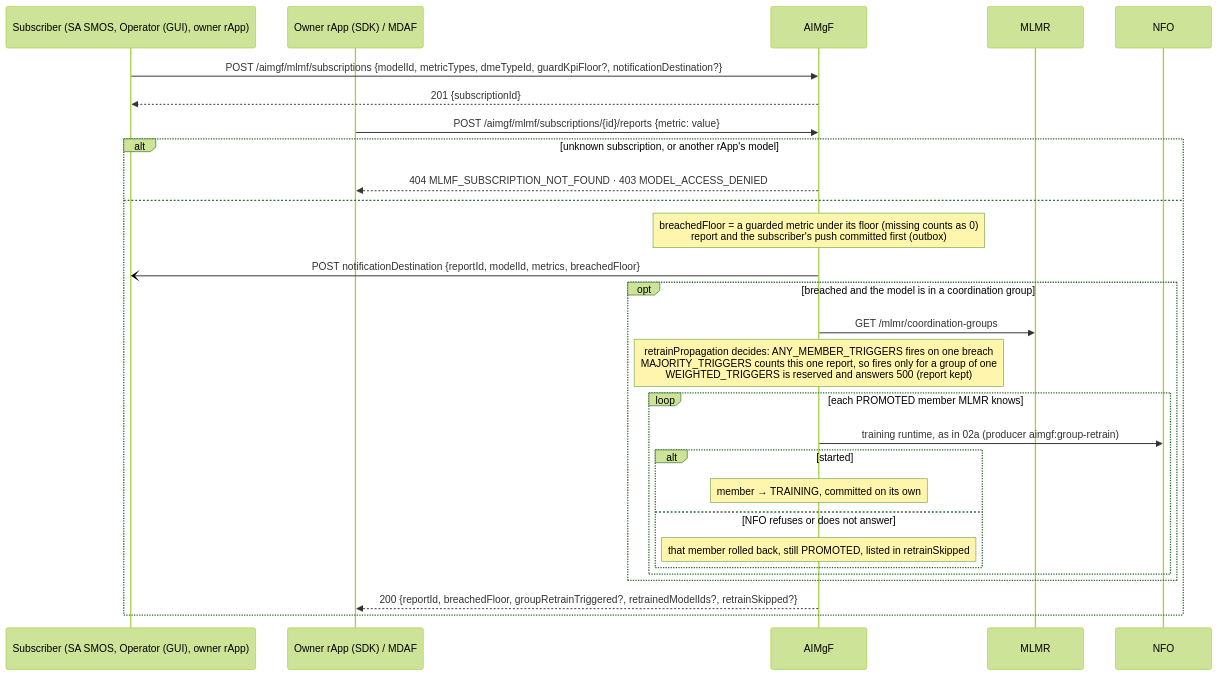
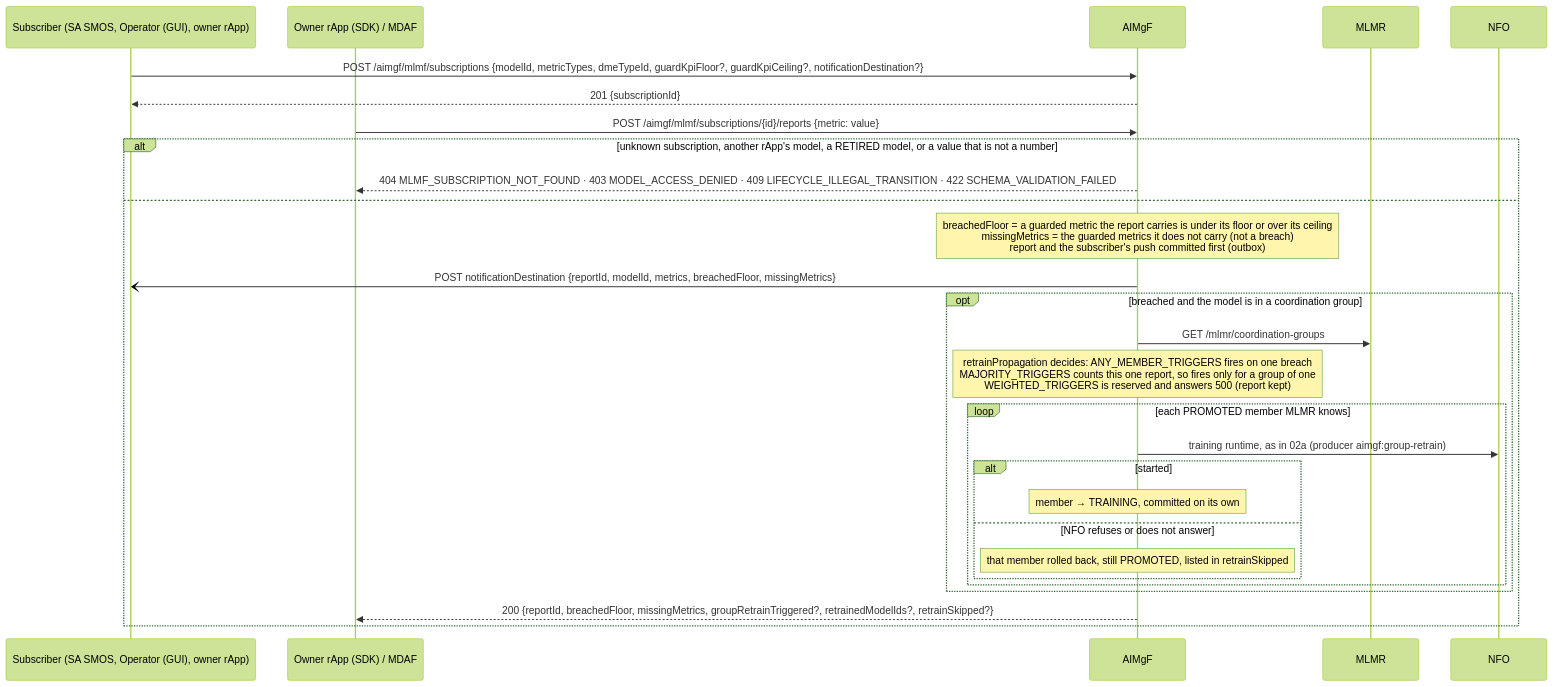
Before and after one commit to rsys-bshankar/ai-ran-smo: the seventh of 7 diagrams in smo/docs/call-flows/02-aiml-model-train-to-inference.md, drawn with Mermaid (forest theme). The commit also changed other lines of this file and 47 other files, not shown here.

````diff
--- a/smo/docs/call-flows/02-aiml-model-train-to-inference.md
+++ b/smo/docs/call-flows/02-aiml-model-train-to-inference.md
@@ -256,32 +256,32 @@
 ```mermaid
 sequenceDiagram
     participant S as Subscriber (SA SMOS, Operator (GUI), owner rApp)
     participant P as Owner rApp (SDK) / MDAF
     participant AIM as AIMgF
     participant MLMR as MLMR
     participant NFO as NFO
 
-    S->>AIM: POST /aimgf/mlmf/subscriptions {modelId, metricTypes, dmeTypeId, guardKpiFloor?, notificationDestination?}
+    S->>AIM: POST /aimgf/mlmf/subscriptions {modelId, metricTypes, dmeTypeId, guardKpiFloor?, guardKpiCeiling?, notificationDestination?}
     AIM-->>S: 201 {subscriptionId}
 
     P->>AIM: POST /aimgf/mlmf/subscriptions/{id}/reports {metric: value}
-    alt unknown subscription, or another rApp's model
-        AIM-->>P: 404 MLMF_SUBSCRIPTION_NOT_FOUND · 403 MODEL_ACCESS_DENIED
+    alt unknown subscription, another rApp's model, a RETIRED model, or a value that is not a number
+        AIM-->>P: 404 MLMF_SUBSCRIPTION_NOT_FOUND · 403 MODEL_ACCESS_DENIED · 409 LIFECYCLE_ILLEGAL_TRANSITION · 422 SCHEMA_VALIDATION_FAILED
     else
-        Note over AIM: breachedFloor = a guarded metric under its floor (missing counts as 0)<br/>report and the subscriber's push committed first (outbox)
-        AIM-)S: POST notificationDestination {reportId, modelId, metrics, breachedFloor}
+        Note over AIM: breachedFloor = a guarded metric the report carries is under its floor or over its ceiling<br/>missingMetrics = the guarded metrics it does not carry (not a breach)<br/>report and the subscriber's push committed first (outbox)
+        AIM-)S: POST notificationDestination {reportId, modelId, metrics, breachedFloor, missingMetrics}
         opt breached and the model is in a coordination group
             AIM->>MLMR: GET /mlmr/coordination-groups
             Note over AIM: retrainPropagation decides: ANY_MEMBER_TRIGGERS fires on one breach<br/>MAJORITY_TRIGGERS counts this one report, so fires only for a group of one<br/>WEIGHTED_TRIGGERS is reserved and answers 500 (report kept)
             loop each PROMOTED member MLMR knows
                 AIM->>NFO: training runtime, as in 02a (producer aimgf:group-retrain)
                 alt started
                     Note over AIM: member → TRAINING, committed on its own
                 else NFO refuses or does not answer
                     Note over AIM: that member rolled back, still PROMOTED, listed in retrainSkipped
                 end
             end
         end
-        AIM-->>P: 200 {reportId, breachedFloor, groupRetrainTriggered?, retrainedModelIds?, retrainSkipped?}
+        AIM-->>P: 200 {reportId, breachedFloor, missingMetrics, groupRetrainTriggered?, retrainedModelIds?, retrainSkipped?}
     end
 ```
````
